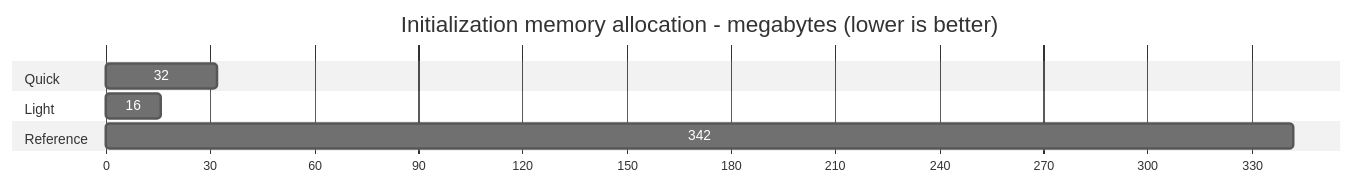
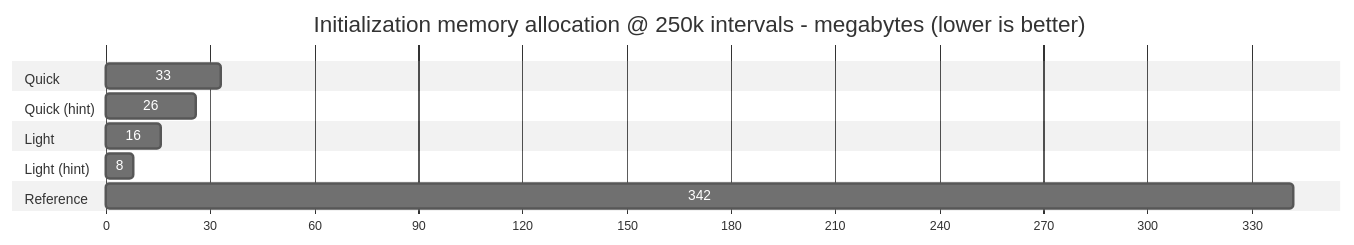
One commit to jamarino/IntervalTree changed the third of 3 diagrams in README.md. Above: the diagram before and after it, drawn with Mermaid (neutral theme). The commit also changed other lines of this file, not shown here.

````diff
--- a/README.md
+++ b/README.md
@@ -64,13 +70,17 @@
 ```mermaid
 gantt
-    title Initialization memory allocation - megabytes (lower is better)
+    title Initialization memory allocation @ 250k intervals - megabytes (lower is better)
     dateFormat X
     axisFormat %s
 
     section Quick
-    32 : 0, 32
+    33 : 0, 33
+    section Quick (hint)
+    26 : 0, 26
     section Light
     16 : 0, 16
+    section Light (hint)
+    8 : 0, 8
     section Reference
     342  : 0, 342
 ```
````
